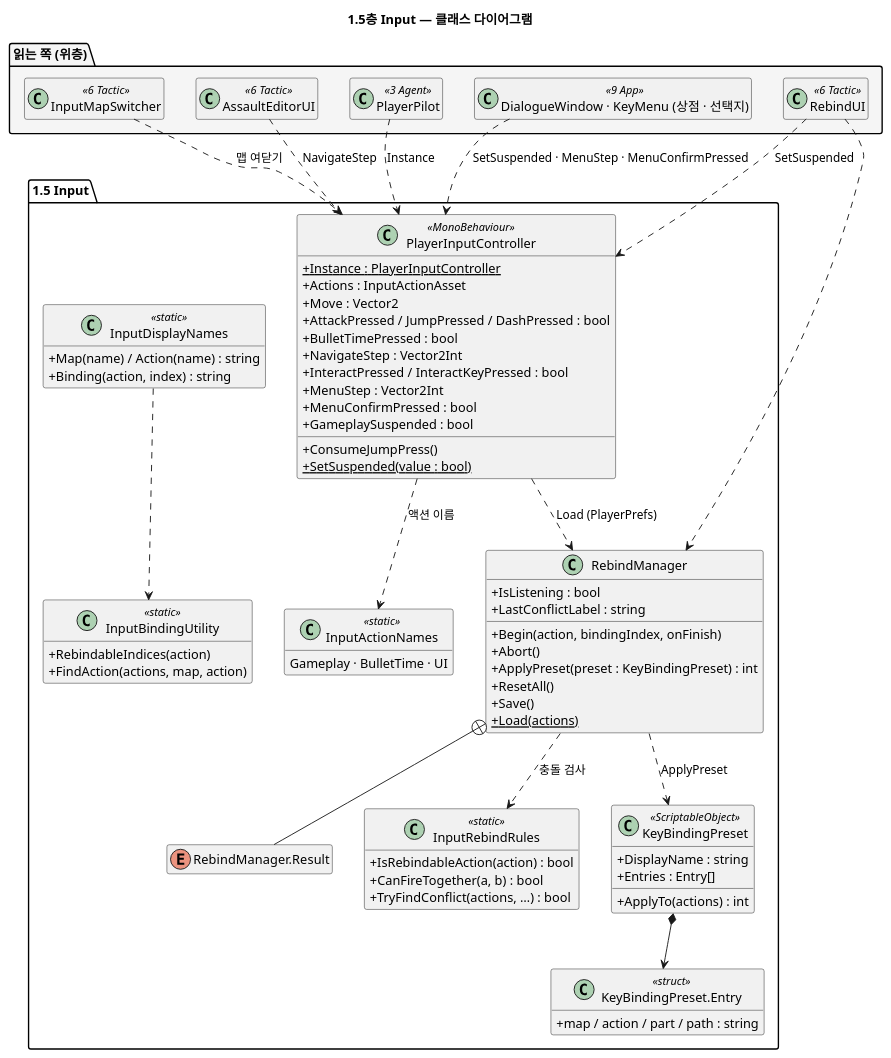
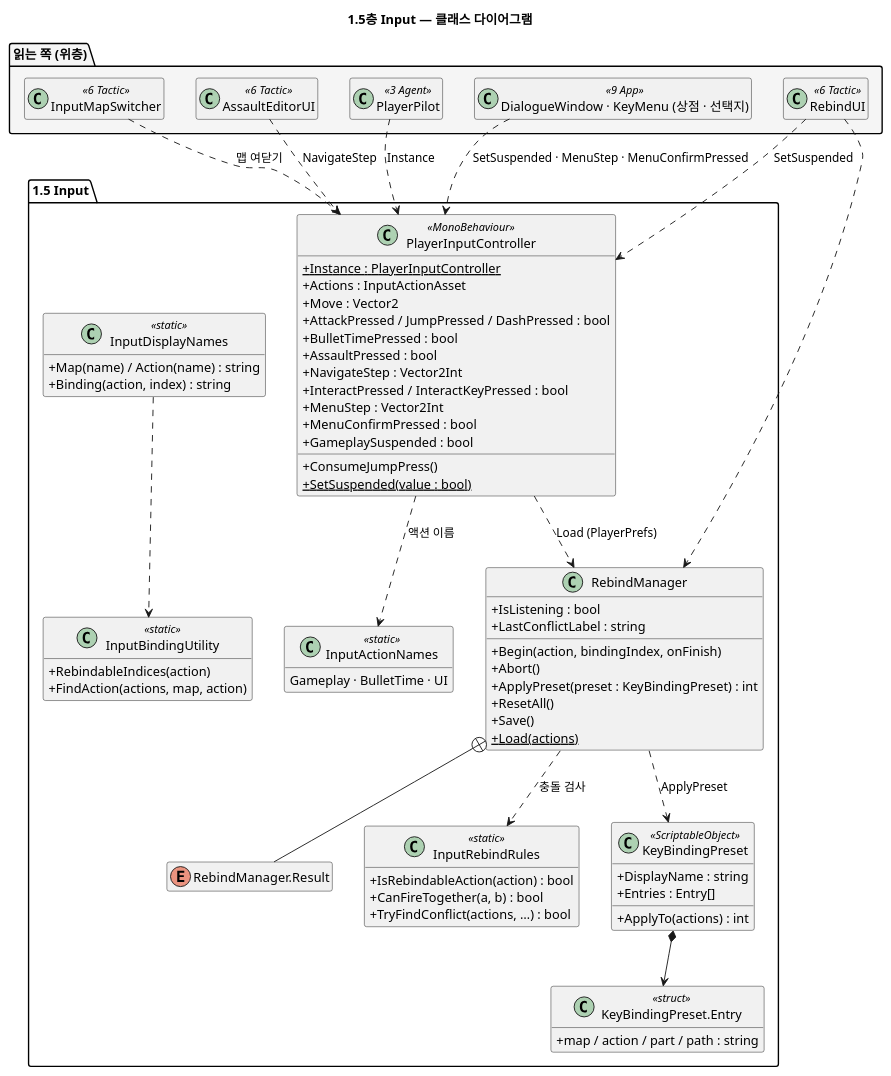
Before and after one commit to jukanmi/Prototype: the diagram in docs/uml/03-Input.puml, drawn with PlantUML. The commit also changed 103 other files, not shown here.

```diff
--- a/docs/uml/03-Input.puml
+++ b/docs/uml/03-Input.puml
@@ -1,84 +1,85 @@
 @startuml 03-Input
 ' 1.5층 Input — 장치 입력. 게임 규칙을 모른다 (Kernel · Actor만 참조).
 ' 디바이스(Keyboard.current 등)를 만지는 곳은 이 폴더뿐이다 — InputSourceTests가 막는다.
 title 1.5층 Input — 클래스 다이어그램
 
 set separator none
 skinparam shadowing false
 skinparam classAttributeIconSize 0
 hide empty members
 
 package "1.5 Input" {
   class PlayerInputController <<MonoBehaviour>> {
     + {static} Instance : PlayerInputController
     + Actions : InputActionAsset
     + Move : Vector2
     + AttackPressed / JumpPressed / DashPressed : bool
     + BulletTimePressed : bool
+    + AssaultPressed : bool
     + NavigateStep : Vector2Int
     + InteractPressed / InteractKeyPressed : bool
     + MenuStep : Vector2Int
     + MenuConfirmPressed : bool
     + GameplaySuspended : bool
     + ConsumeJumpPress()
     + {static} SetSuspended(value : bool)
   }
   class RebindManager {
     + IsListening : bool
     + LastConflictLabel : string
     + Begin(action, bindingIndex, onFinish)
     + Abort()
     + ApplyPreset(preset : KeyBindingPreset) : int
     + ResetAll()
     + Save()
     + {static} Load(actions)
   }
   enum "RebindManager.Result" as RebindResult
   class InputRebindRules <<static>> {
     + IsRebindableAction(action) : bool
     + CanFireTogether(a, b) : bool
     + TryFindConflict(actions, …) : bool
   }
   class KeyBindingPreset <<ScriptableObject>> {
     + DisplayName : string
     + Entries : Entry[]
     + ApplyTo(actions) : int
   }
   class "KeyBindingPreset.Entry" as PresetEntry <<struct>> {
     + map / action / part / path : string
   }
   class InputActionNames <<static>> {
     Gameplay · BulletTime · UI
   }
   class InputDisplayNames <<static>> {
     + Map(name) / Action(name) : string
     + Binding(action, index) : string
   }
   class InputBindingUtility <<static>> {
     + RebindableIndices(action)
     + FindAction(actions, map, action)
   }
 }
 
 PlayerInputController ..> InputActionNames : 액션 이름
 PlayerInputController ..> RebindManager : Load (PlayerPrefs)
 RebindManager ..> InputRebindRules : 충돌 검사
 RebindManager ..> KeyBindingPreset : ApplyPreset
 RebindManager +-- RebindResult
 KeyBindingPreset *--> PresetEntry
 InputDisplayNames ..> InputBindingUtility
 
 package "읽는 쪽 (위층)" #F5F5F5 {
   class "PlayerPilot" as Pilot <<3 Agent>>
   class "InputMapSwitcher" as Switcher <<6 Tactic>>
   class "AssaultEditorUI" as TacticUI <<6 Tactic>>
   class "RebindUI" as RebindUI <<6 Tactic>>
   class "DialogueWindow · KeyMenu (상점 · 선택지)" as ModalUI <<9 App>>
 }
 Pilot ..> PlayerInputController : Instance
 Switcher ..> PlayerInputController : 맵 여닫기
 TacticUI ..> PlayerInputController : NavigateStep
 RebindUI ..> RebindManager
 RebindUI ..> PlayerInputController : SetSuspended
 ModalUI ..> PlayerInputController : SetSuspended · MenuStep · MenuConfirmPressed
 @enduml
```
